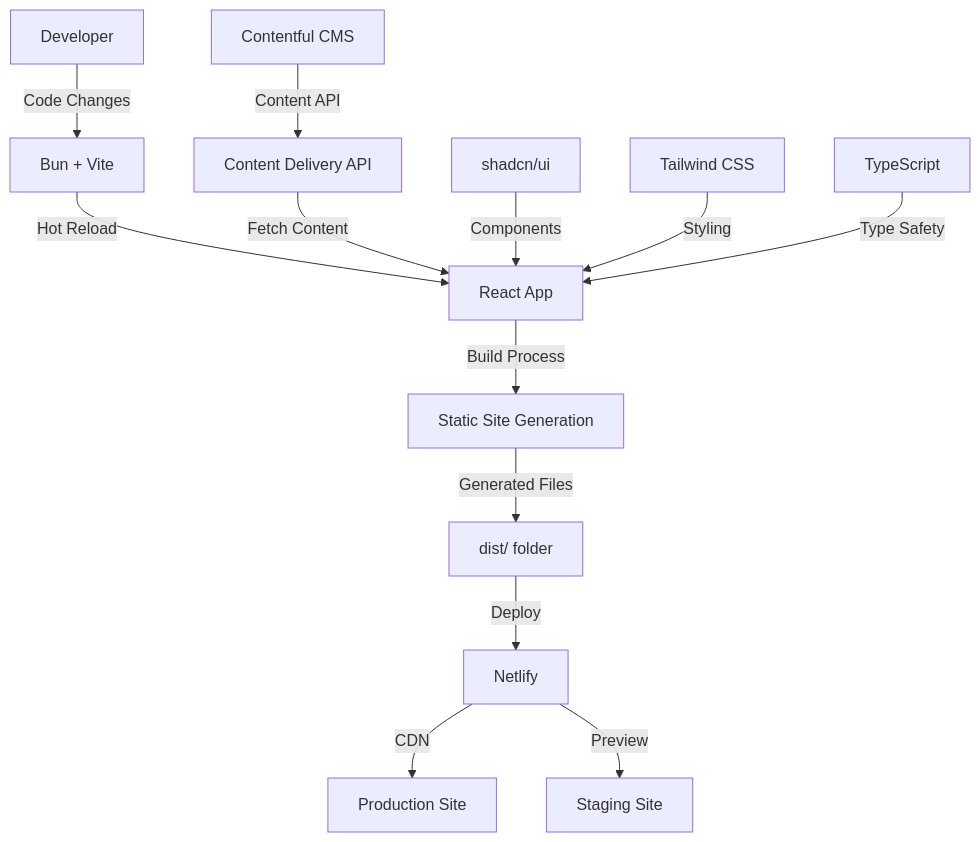
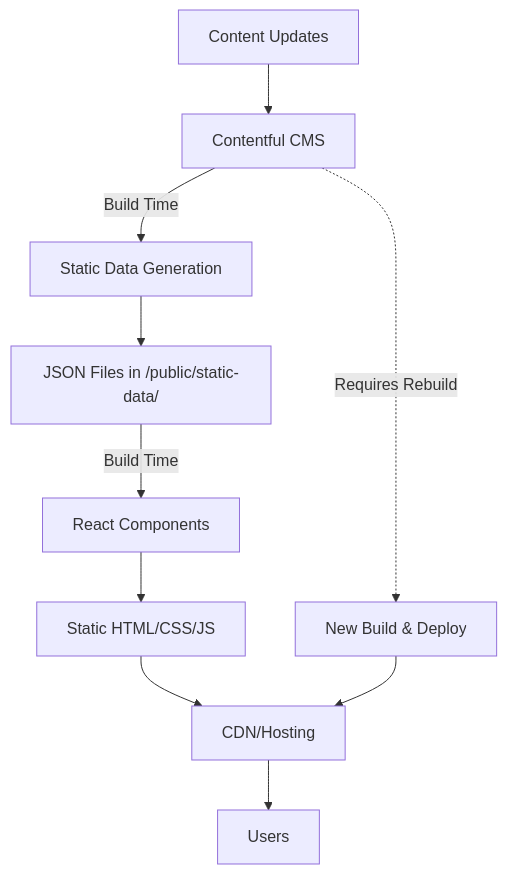
The diagram in README.md (phmdio/pilipinas-rotaract-mdio-website), drawn with Mermaid before and after one commit. The commit also changed other lines of this file and 4 other files, not shown here.

````diff
--- a/README.md
+++ b/README.md
@@ -24,19 +24,13 @@
 ```mermaid
-graph TB
-    A[Developer] -->|Code Changes| B[Bun + Vite]
-    B -->|Hot Reload| C[React App]
+graph TD
+    A[Contentful CMS] -->|Build Time| B[Static Data Generation]
+    B --> C[JSON Files in /public/static-data/]
+    C -->|Build Time| D[React Components]
+    D --> E[Static HTML/CSS/JS]
+    E --> F[CDN/Hosting]
+    F --> G[Users]
     
-    D[Contentful CMS] -->|Content API| E[Content Delivery API]
-    E -->|Fetch Content| C
-    
-    C -->|Build Process| F[Static Site Generation]
-    F -->|Generated Files| G[dist/ folder]
-    
-    G -->|Deploy| H[Netlify]
-    H -->|CDN| I[Production Site]
-    H -->|Preview| J[Staging Site]
-    
-    K[shadcn/ui] -->|Components| C
-    L[Tailwind CSS] -->|Styling| C
-    M[TypeScript] -->|Type Safety| C
+    H[Content Updates] --> A
+    A -.->|Requires Rebuild| I[New Build & Deploy]
+    I --> F
 ```
````
